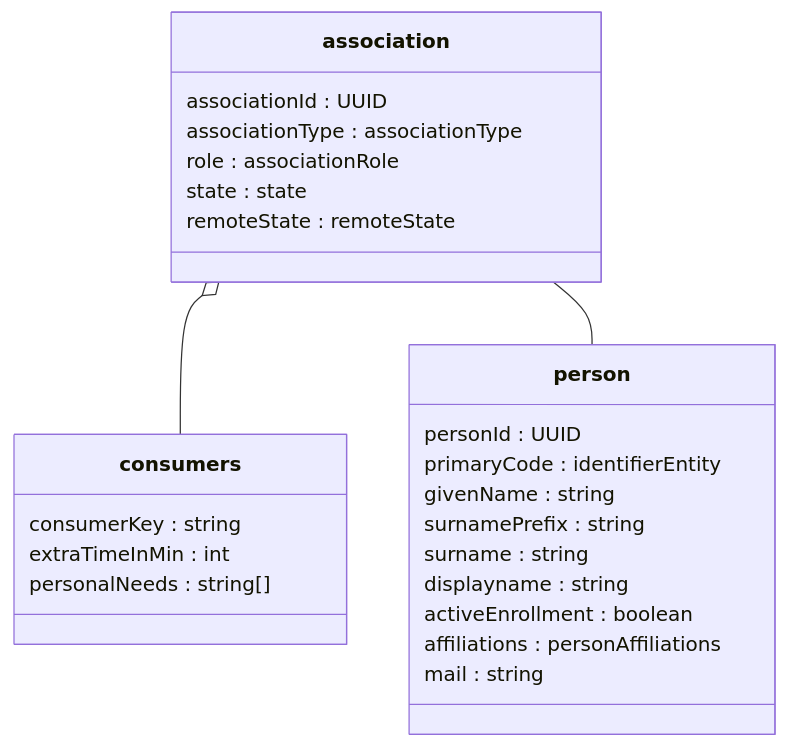
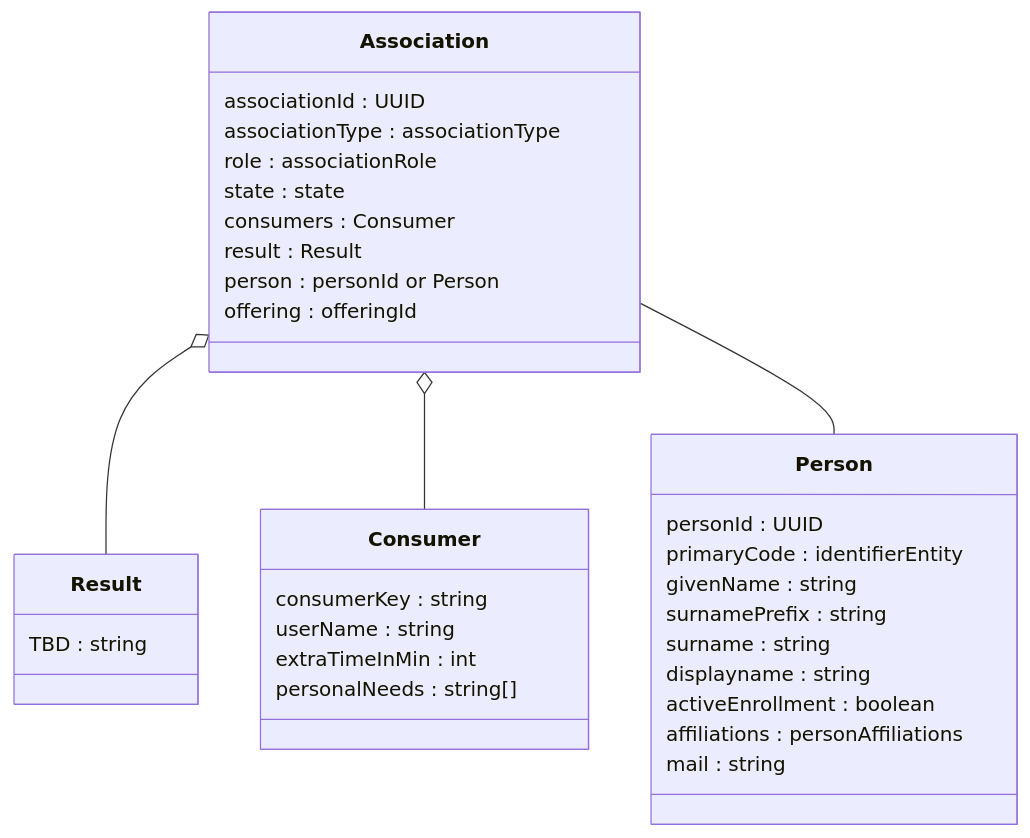
The fourth of 8 diagrams in doc/flow2.md (NetwerkExamineringDigitalisering/NED-OOAPI), drawn with Mermaid before and after one commit.

Commit message:
Update flow2.md
Corrected Class diagram for 2.2

````diff
--- a/doc/flow2.md
+++ b/doc/flow2.md
@@ -134,28 +134,36 @@
 ```mermaid
 classDiagram
-    class association {
+    class Association {
     	associationId : UUID
 	associationType : associationType
 	role : associationRole
 	state : state
-	remoteState : remoteState
+	consumers : Consumer
+	result : Result
+	person : personId or Person
+	offering : offeringId
     }
-    class consumers {
+    class Consumer {
     	consumerKey : string
+	userName : string
 	extraTimeInMin : int
 	personalNeeds : string[]
     }
-    class person {
+    class Result {
+    	TBD : string
+    }
+    class Person {
 	personId : UUID
 	primaryCode : identifierEntity
 	givenName : string
 	surnamePrefix : string 
 	surname : string
 	displayname : string
 	activeEnrollment : boolean 
 	affiliations : personAffiliations
 	mail : string
     }
-    association o-- consumers
-    association -- person
+    Association o-- Result
+    Association o-- Consumer
+    Association -- Person
 ```
````
